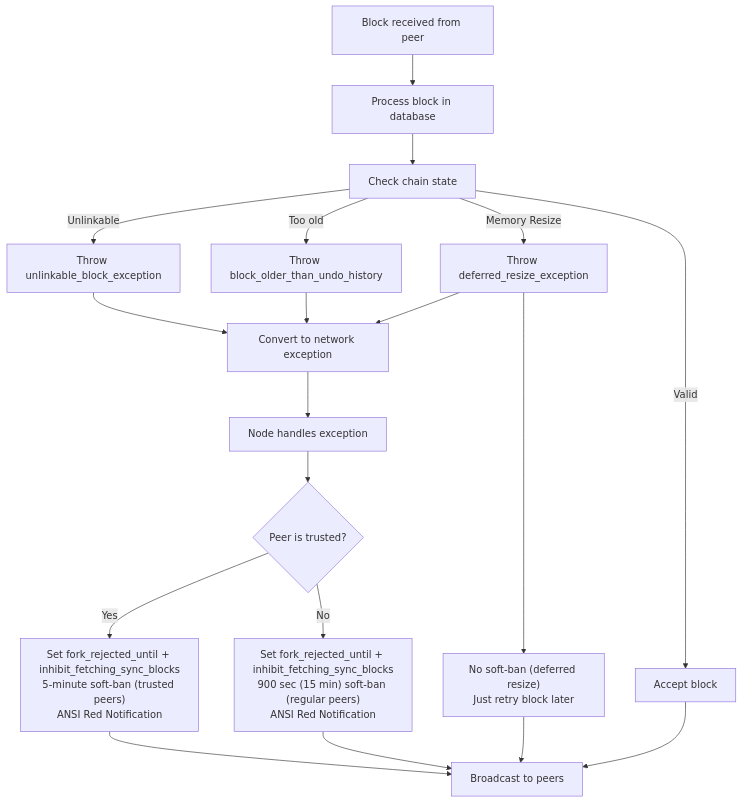
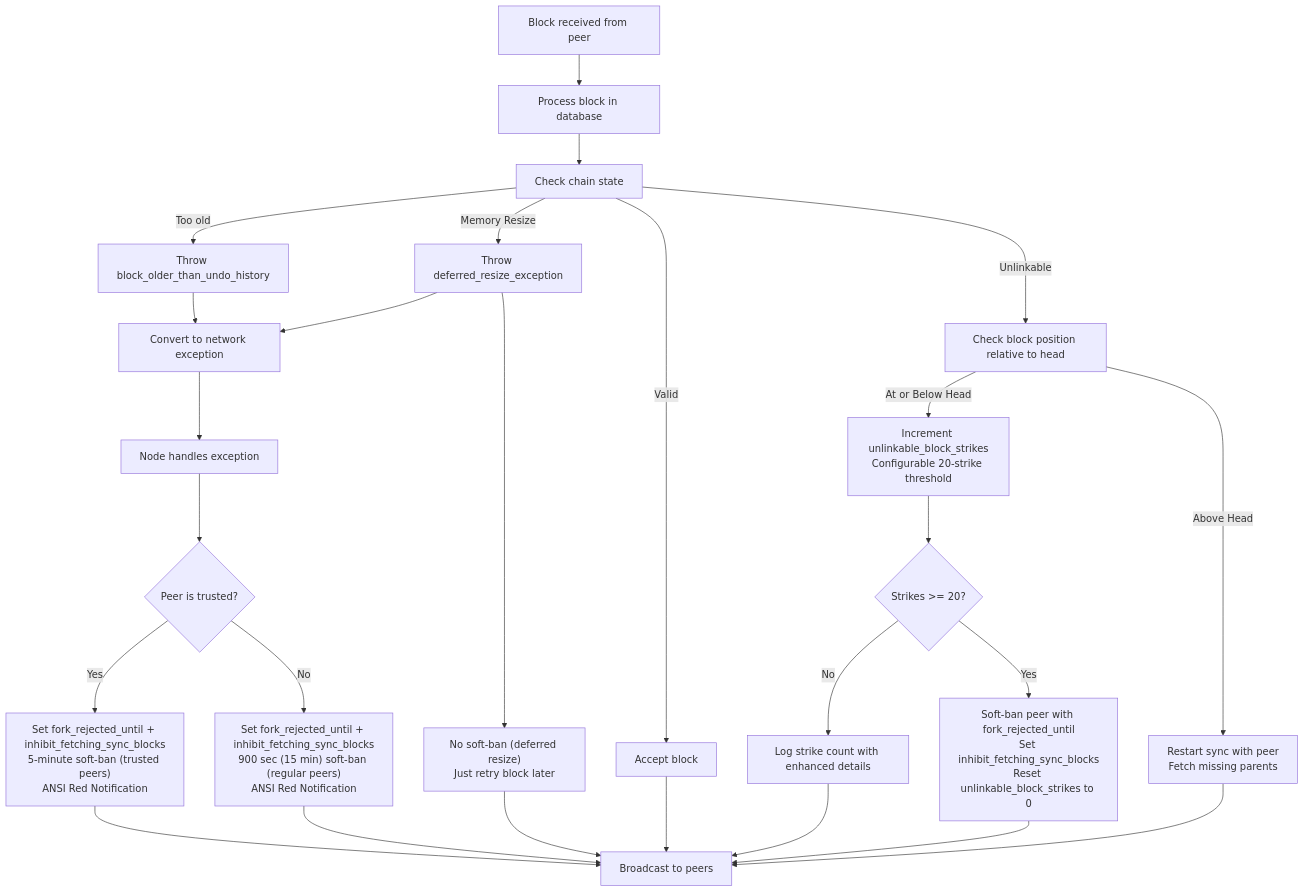
Before and after one commit to VIZ-Blockchain/viz-cpp-node: the ninth of 14 diagrams in .qoder/repowiki/en/content/Architecture Overview/Core Libraries/Network Library/Peer Connection Management.md, drawn with Mermaid. The commit also changed other lines of this file and 5 other files, not shown here.

First line of the commit message:
feat(database): implement gap-based early rejection for unlinkable blocks

````diff
--- a/.qoder/repowiki/en/content/Architecture Overview/Core Libraries/Network Library/Peer Connection Management.md
+++ b/.qoder/repowiki/en/content/Architecture Overview/Core Libraries/Network Library/Peer Connection Management.md
@@ -514,21 +530,28 @@
 ```mermaid
 flowchart TD
 BlockIn["Block received from peer"] --> ProcessBlock["Process block in database"]
 ProcessBlock --> CheckChain["Check chain state"]
 CheckChain --> |Valid| AcceptBlock["Accept block"]
-CheckChain --> |Unlinkable| ThrowException["Throw unlinkable_block_exception"]
+CheckChain --> |Unlinkable| CheckPosition["Check block position relative to head"]
+CheckPosition --> |At or Below Head| StrikeCounter["Increment unlinkable_block_strikes<br/>Configurable 20-strike threshold"]
+StrikeCounter --> CheckThreshold{"Strikes >= 20?"}
+CheckThreshold --> |Yes| SoftBan["Soft-ban peer with fork_rejected_until<br/>Set inhibit_fetching_sync_blocks<br/>Reset unlinkable_block_strikes to 0"]
+CheckThreshold --> |No| LogStrike["Log strike count with enhanced details"]
+CheckPosition --> |Above Head| RestartSync["Restart sync with peer<br/>Fetch missing parents"]
 CheckChain --> |Too old| ThrowOld["Throw block_older_than_undo_history"]
 CheckChain --> |Memory Resize| ThrowResize["Throw deferred_resize_exception"]
-ThrowException --> ConvertNet["Convert to network exception"]
-ThrowOld --> ConvertNet
+ThrowOld --> ConvertNet["Convert to network exception"]
 ThrowResize --> ConvertNet
 ConvertNet --> NodeHandle["Node handles exception"]
 NodeHandle --> PeerTrust{"Peer is trusted?"}
 PeerTrust --> |Yes| SetShortBan["Set fork_rejected_until + inhibit_fetching_sync_blocks<br/>5-minute soft-ban (trusted peers)<br/>ANSI Red Notification"]
 PeerTrust --> |No| SetReducedBan["Set fork_rejected_until + inhibit_fetching_sync_blocks<br/>900 sec (15 min) soft-ban (regular peers)<br/>ANSI Red Notification"]
 SetShortBan --> Broadcast["Broadcast to peers"]
 SetReducedBan --> Broadcast
 ThrowResize --> NoBan["No soft-ban (deferred resize)<br/>Just retry block later"]
 NoBan --> Broadcast
 AcceptBlock --> Broadcast
+LogStrike --> Broadcast
+SoftBan --> Broadcast
+RestartSync --> Broadcast
 ```
````
